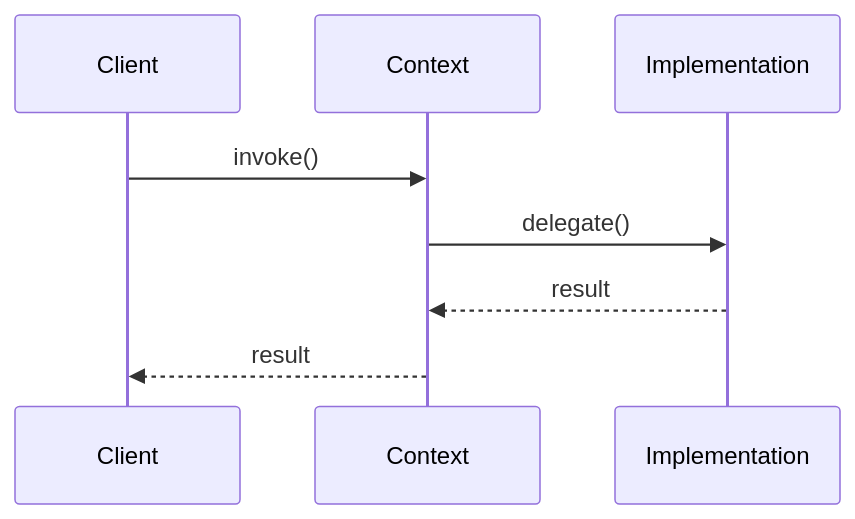
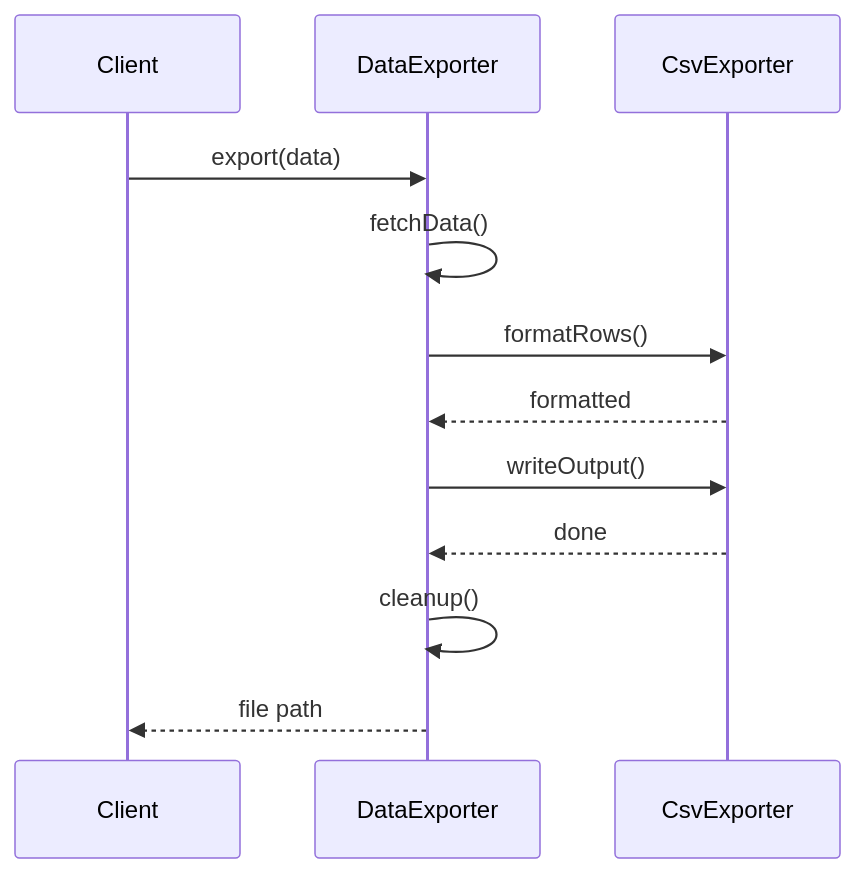
Before and after one commit to pradeep2Tech/pradeep2Tech.github.io: the second of 2 diagrams in content/design-patterns/template-method-pattern.md, drawn with Mermaid. The commit also changed other lines of this file and 40 other files, not shown here.

````diff
--- a/content/design-patterns/template-method-pattern.md
+++ b/content/design-patterns/template-method-pattern.md
@@ -43,10 +62,14 @@
 ```mermaid
 sequenceDiagram
     participant Client
-    participant Context
-    participant Implementation
-    Client->>Context: invoke()
-    Context->>Implementation: delegate()
-    Implementation-->>Context: result
-    Context-->>Client: result
+    participant Exporter as DataExporter
+    participant Sub as CsvExporter
+    Client->>Exporter: export(data)
+    Exporter->>Exporter: fetchData()
+    Exporter->>Sub: formatRows()
+    Sub-->>Exporter: formatted
+    Exporter->>Sub: writeOutput()
+    Sub-->>Exporter: done
+    Exporter->>Exporter: cleanup()
+    Exporter-->>Client: file path
 ```
````
